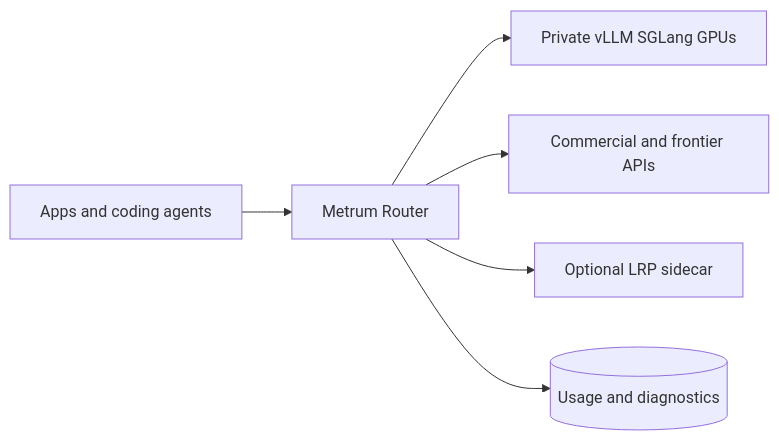
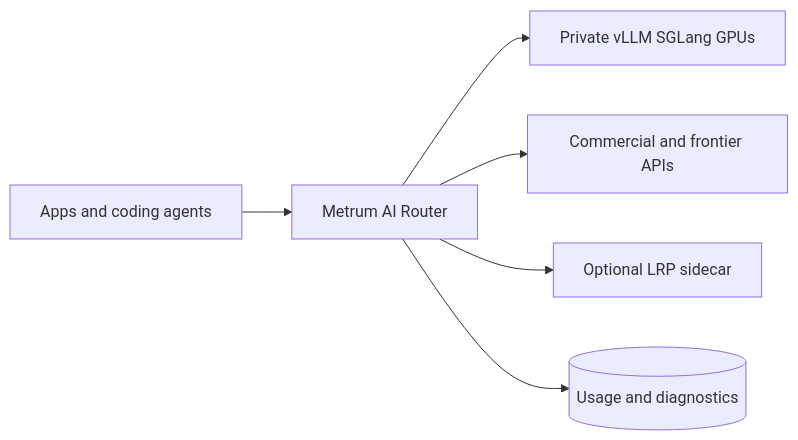
Before and after one commit to Metrum-AI-Products/genai-smart-router: the first of 2 diagrams in docs-site/docs/overview.mdx, drawn with Mermaid. The commit also changed other lines of this file and 52 other files, not shown here.

````diff
--- a/docs-site/docs/overview.mdx
+++ b/docs-site/docs/overview.mdx
@@ -39,14 +39,14 @@
 ```mermaid
 flowchart LR
   Apps[Apps and coding agents]
-  Router[Metrum Router]
+  Router[Metrum AI Router]
   Priv[Private vLLM SGLang GPUs]
   SaaS[Commercial and frontier APIs]
   LRP[Optional LRP sidecar]
   Usage[(Usage and diagnostics)]
   Apps --> Router
   Router --> Priv
   Router --> SaaS
   Router --> LRP
   Router --> Usage
 ```
````
